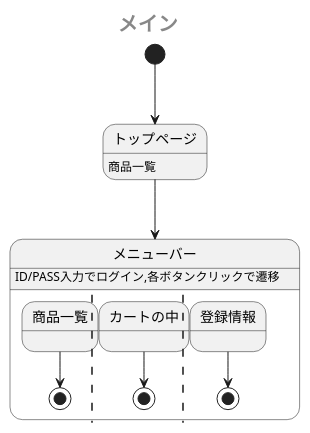
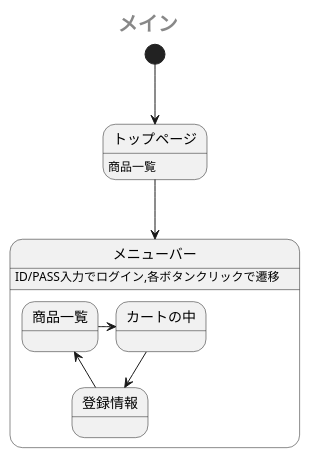
The first of 2 diagrams in sample/StateMachine.md (Aso2001385/2021sys-design), drawn with PlantUML before and after one commit.

````diff
--- a/sample/StateMachine.md
+++ b/sample/StateMachine.md
@@ -1,18 +1,16 @@
 ```uml
 @startuml
  center header <size:20><b>メイン</b></size>
  [*] --> トップページ
  トップページ: 商品一覧
  トップページ --> メニューバー
  state メニューバー {
    メニューバー: ID/PASS入力でログイン,各ボタンクリックで遷移
-   商品一覧 --> [*]
-   ||
-   カートの中 --> [*]
-   ||
-   登録情報 --> [*]
+   商品一覧 -> カートの中
+   カートの中 --> 登録情報
+   登録情報 -up-> 商品一覧
 
  }
  
 @enduml
 ```
````
